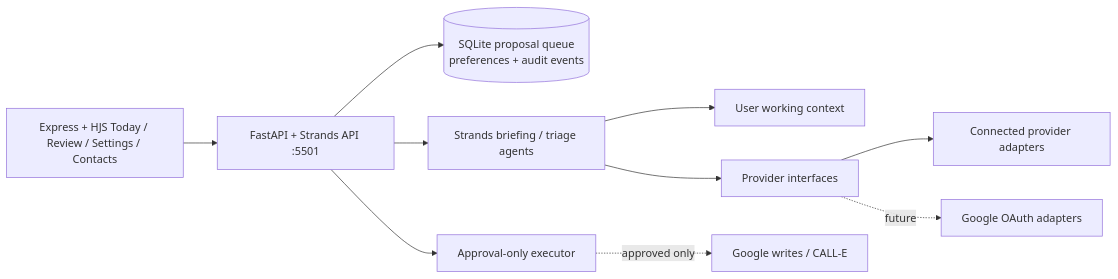
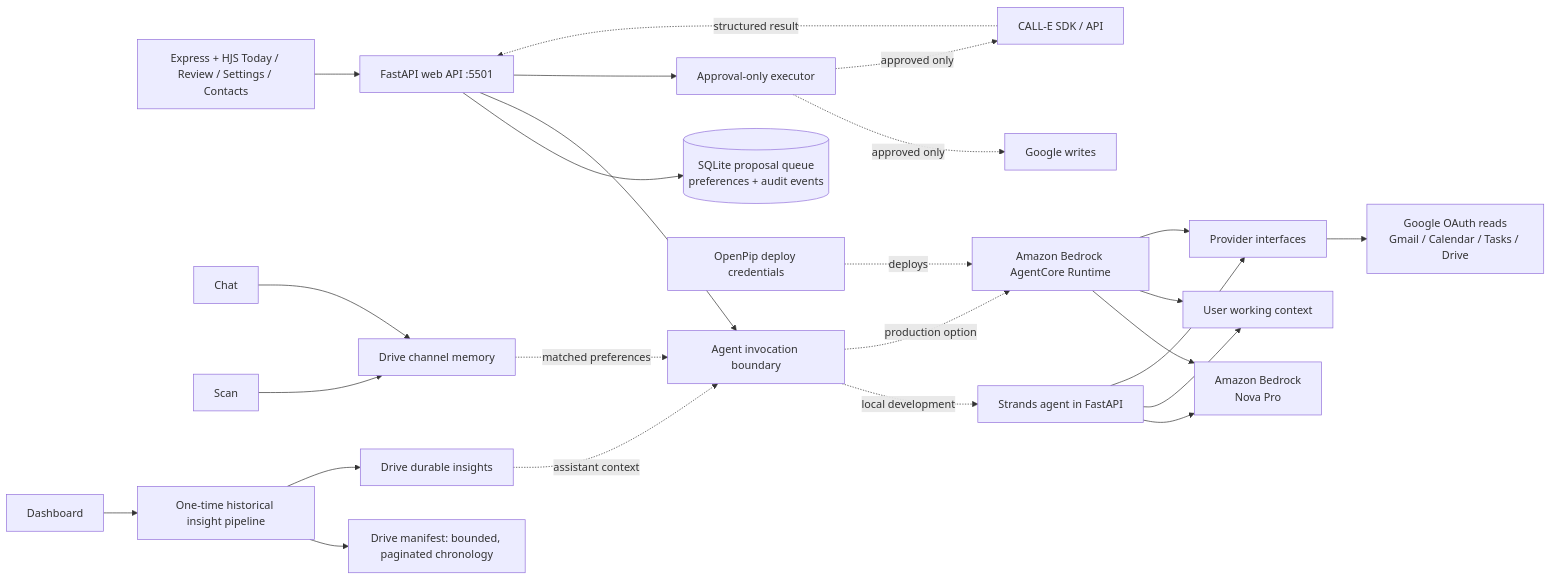
Before and after one commit to juliana-hill/openpip.me: the diagram in docs/ARCHITECTURE.md, drawn with Mermaid. The commit also changed other lines of this file and 33 other files, not shown here.

Commit message:
Add one-time historical insight onboarding pipeline

````diff
--- a/docs/ARCHITECTURE.md
+++ b/docs/ARCHITECTURE.md
@@ -7,12 +7,27 @@
 ```mermaid
 flowchart LR
- UI[Express + HJS Today / Review / Settings / Contacts] --> API[FastAPI + Strands API :5501]
+  UI[Express + HJS Today / Review / Settings / Contacts] --> API[FastAPI web API :5501]
   API --> Store[(SQLite proposal queue\npreferences + audit events)]
-  API --> Agent[Strands briefing / triage agents]
-  Agent --> Context[User working context]
-  Agent --> Providers[Provider interfaces]
-  Providers --> Connected[Connected provider adapters]
-  Providers -. future .-> Google[Google OAuth adapters]
+  API --> Invoker[Agent invocation boundary]
+  Invoker -. local development .-> Local[Strands agent in FastAPI]
+  Invoker -. production option .-> Runtime[Amazon Bedrock AgentCore Runtime]
+  Local --> Bedrock[Amazon Bedrock\nNova Pro]
+  Runtime --> Bedrock
+  Local --> Context[User working context]
+  Runtime --> Context
+  Local --> Providers[Provider interfaces]
+  Runtime --> Providers
+  Providers --> GoogleRead[Google OAuth reads\nGmail / Calendar / Tasks / Drive]
   API --> Gate[Approval-only executor]
-  Gate -. approved only .-> Effects[Google writes / CALL-E]
+  Gate -. approved only .-> GoogleWrite[Google writes]
+  Gate -. approved only .-> Calle[CALL-E SDK / API]
+  Calle -. structured result .-> API
+  Chat --> ChMem[Drive channel memory]
+  Scan --> ChMem
+  ChMem -. matched preferences .-> Invoker
+  Dashboard --> Study[One-time historical insight pipeline]
+  Study --> Timeline[Drive manifest: bounded, paginated chronology]
+  Study --> Memories[Drive durable insights]
+  Memories -. assistant context .-> Invoker
+  Deploy[OpenPip deploy credentials] -. deploys .-> Runtime
 ```
````
